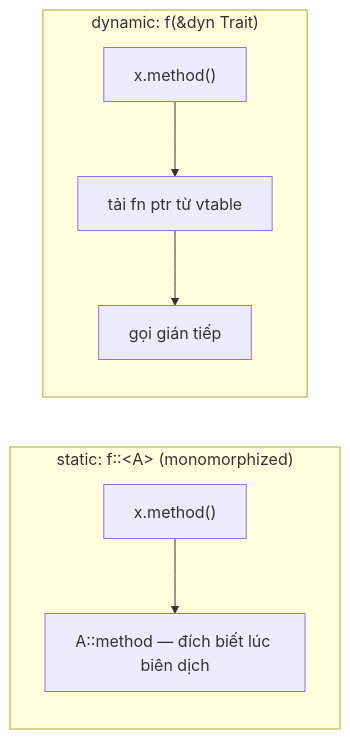
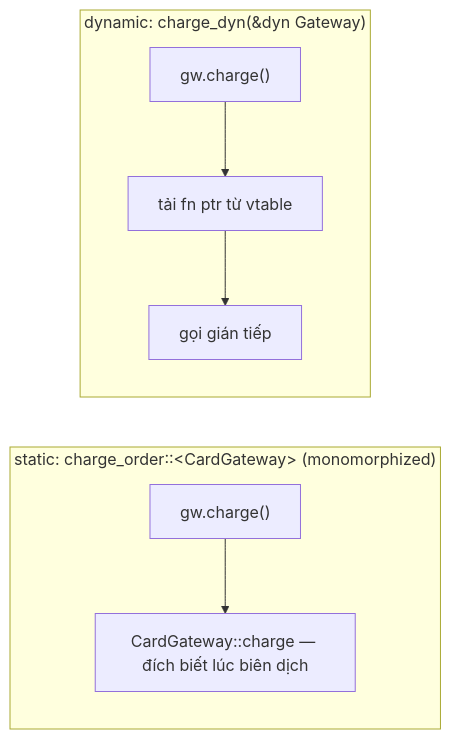
The second of 3 diagrams in docs/10-rust-internals/04-monomorphization.md (pirumu/irust), drawn with Mermaid before and after one commit. The commit also changed other lines of this file and 35 other files, not shown here.

````diff
--- a/docs/10-rust-internals/04-monomorphization.md
+++ b/docs/10-rust-internals/04-monomorphization.md
@@ -77,9 +114,9 @@
 ```mermaid
 flowchart LR
-  subgraph Static["static: f::&lt;A&gt; (monomorphized)"]
-    s1["x.method()"] --> s2["A::method — đích biết lúc biên dịch"]
+  subgraph Static["static: charge_order::&lt;CardGateway&gt; (monomorphized)"]
+    s1["gw.charge()"] --> s2["CardGateway::charge — đích biết lúc biên dịch"]
   end
-  subgraph Dynamic["dynamic: f(&dyn Trait)"]
-    d1["x.method()"] --> d2["tải fn ptr từ vtable"] --> d3["gọi gián tiếp"]
+  subgraph Dynamic["dynamic: charge_dyn(&dyn Gateway)"]
+    d1["gw.charge()"] --> d2["tải fn ptr từ vtable"] --> d3["gọi gián tiếp"]
   end
 ```
````
